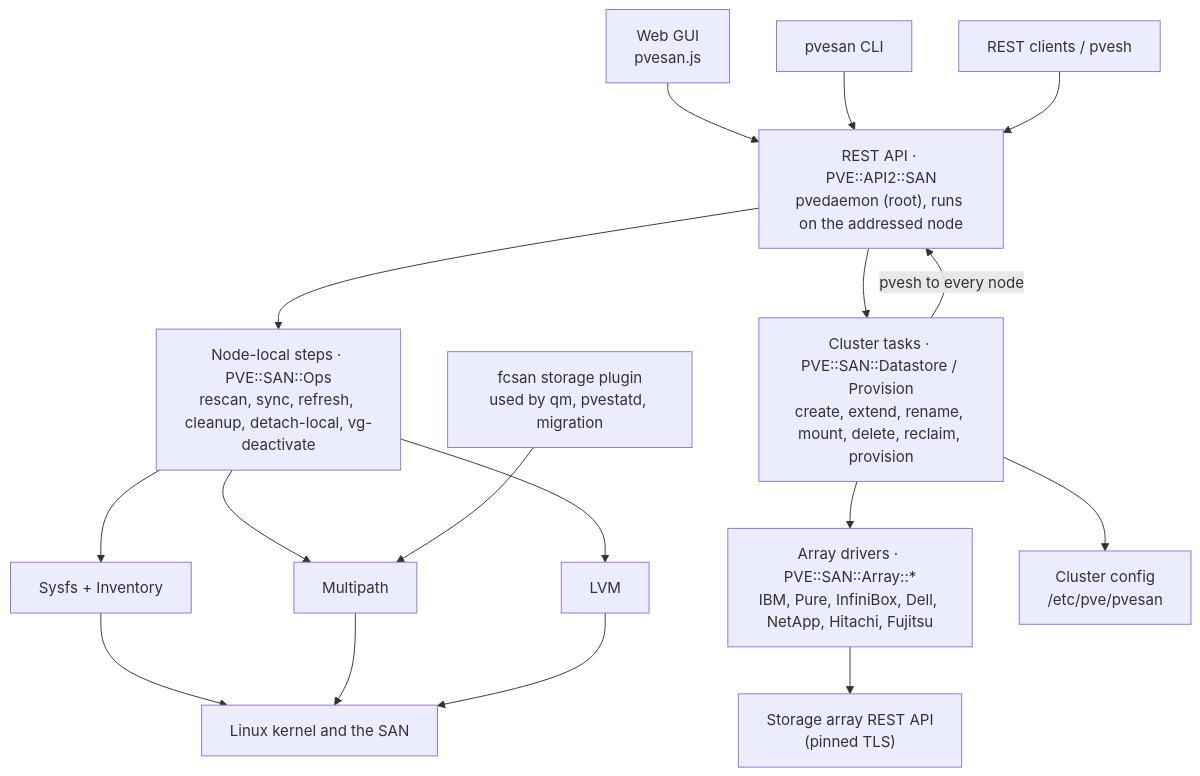
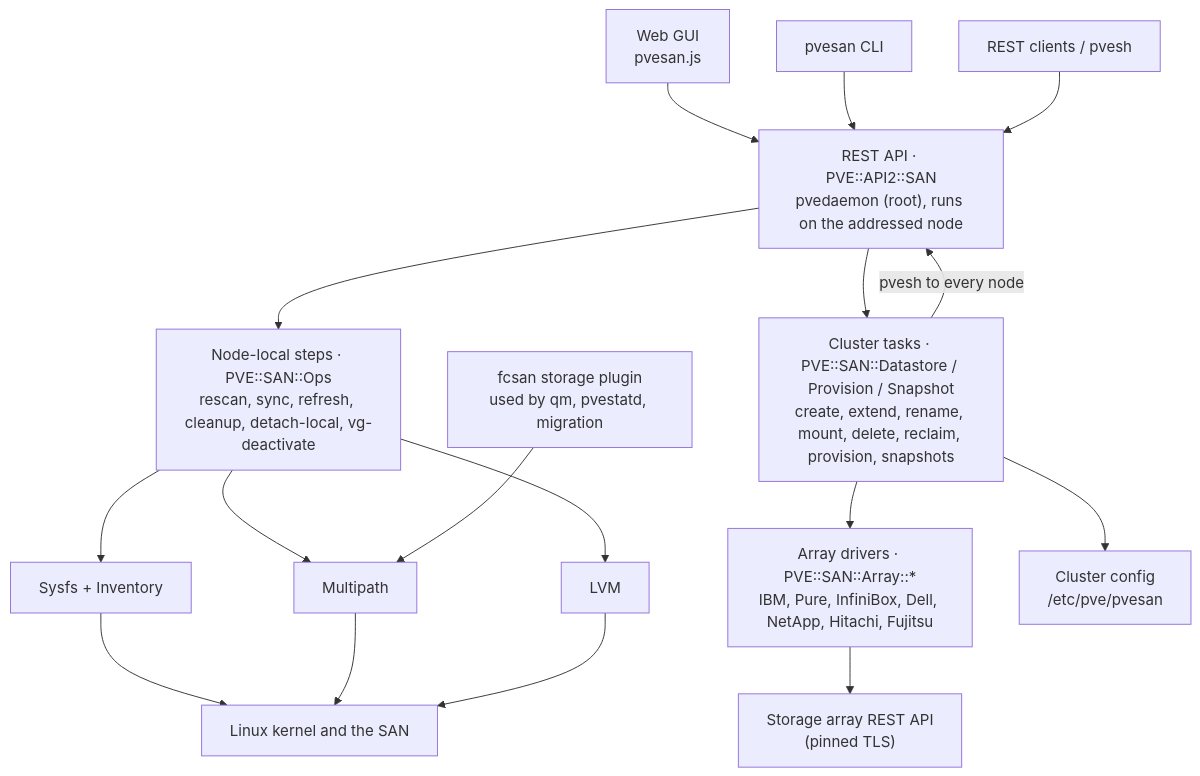
Before and after one commit to warddynamiccomputing/pve-fcsan: the diagram in docs/pvesan-How-It-Works.md, drawn with Mermaid. The commit also changed other lines of this file and 22 other files, not shown here.

First line of the commit message:
Phase 2: array snapshots, copies, VM restore, rollback, schedules and reclaim

````diff
--- a/docs/pvesan-How-It-Works.md
+++ b/docs/pvesan-How-It-Works.md
@@ -36,20 +36,20 @@
 ```mermaid
 flowchart TB
     GUI["Web GUI<br/>pvesan.js"] --> API
     CLI["pvesan CLI"] --> API
     REST["REST clients / pvesh"] --> API
     API["REST API · PVE::API2::SAN<br/>pvedaemon (root), runs on the addressed node"]
     API --> OPS["Node-local steps · PVE::SAN::Ops<br/>rescan, sync, refresh, cleanup, detach-local, vg-deactivate"]
-    API --> DS["Cluster tasks · PVE::SAN::Datastore / Provision<br/>create, extend, rename, mount, delete, reclaim, provision"]
+    API --> DS["Cluster tasks · PVE::SAN::Datastore / Provision / Snapshot<br/>create, extend, rename, mount, delete, reclaim, provision, snapshots"]
     DS -- "pvesh to every node" --> API
     DS --> ARR["Array drivers · PVE::SAN::Array::*<br/>IBM, Pure, InfiniBox, Dell, NetApp, Hitachi, Fujitsu"]
     OPS --> SYS["Sysfs + Inventory"]
     OPS --> MP["Multipath"]
     OPS --> LVM["LVM"]
     DS --> CFG["Cluster config<br/>/etc/pve/pvesan"]
     PLUGIN["fcsan storage plugin<br/>used by qm, pvestatd, migration"] --> MP
     SYS --> K["Linux kernel and the SAN"]
     MP --> K
     LVM --> K
     ARR --> ARRAY["Storage array REST API<br/>(pinned TLS)"]
 ```
````
